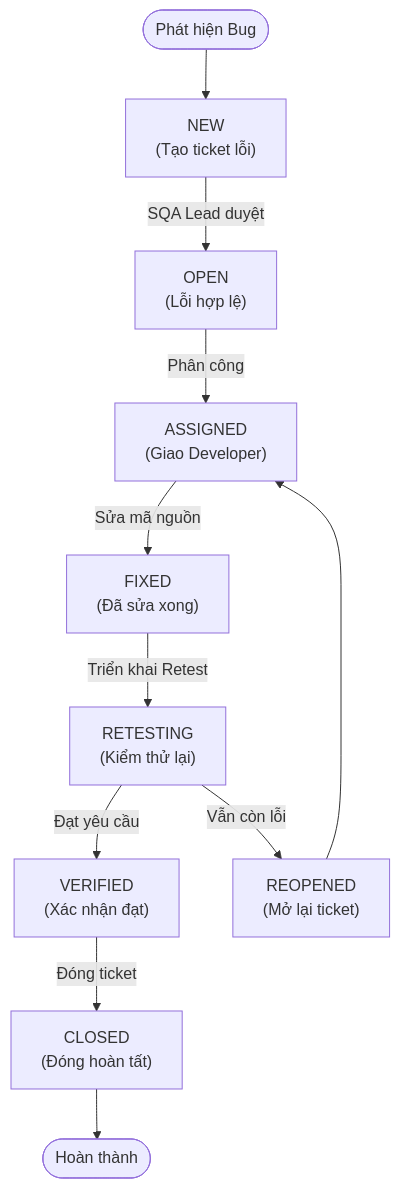
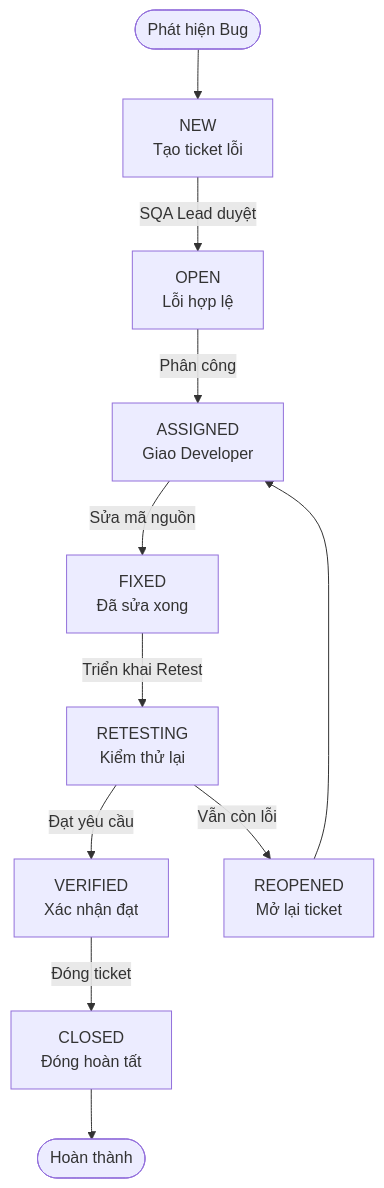
The fourth of 4 diagrams in README.md (PhamQuang138/DGKTPM), drawn with Mermaid before and after one commit. The commit also changed other lines of this file, not shown here.

Commit message:
fix: compact node text line lengths in mermaid diagrams to prevent GitHub SVG text truncation

````diff
--- a/README.md
+++ b/README.md
@@ -362,13 +362,13 @@
 ```mermaid
 flowchart TD
-    Start([Phát hiện Bug]) --> NEW["NEW<br/>(Tạo ticket lỗi)"]
-    NEW -->|SQA Lead duyệt| OPEN["OPEN<br/>(Lỗi hợp lệ)"]
-    OPEN -->|Phân công| ASSIGNED["ASSIGNED<br/>(Giao Developer)"]
-    ASSIGNED -->|Sửa mã nguồn| FIXED["FIXED<br/>(Đã sửa xong)"]
-    FIXED -->|Triển khai Retest| RETESTING["RETESTING<br/>(Kiểm thử lại)"]
-    RETESTING -->|Đạt yêu cầu| VERIFIED["VERIFIED<br/>(Xác nhận đạt)"]
-    RETESTING -->|Vẫn còn lỗi| REOPENED["REOPENED<br/>(Mở lại ticket)"]
+    Start([Phát hiện Bug]) --> NEW["NEW<br/>Tạo ticket lỗi"]
+    NEW -->|SQA Lead duyệt| OPEN["OPEN<br/>Lỗi hợp lệ"]
+    OPEN -->|Phân công| ASSIGNED["ASSIGNED<br/>Giao Developer"]
+    ASSIGNED -->|Sửa mã nguồn| FIXED["FIXED<br/>Đã sửa xong"]
+    FIXED -->|Triển khai Retest| RETESTING["RETESTING<br/>Kiểm thử lại"]
+    RETESTING -->|Đạt yêu cầu| VERIFIED["VERIFIED<br/>Xác nhận đạt"]
+    RETESTING -->|Vẫn còn lỗi| REOPENED["REOPENED<br/>Mở lại ticket"]
     REOPENED --> ASSIGNED
-    VERIFIED -->|Đóng ticket| CLOSED["CLOSED<br/>(Đóng hoàn tất)"]
+    VERIFIED -->|Đóng ticket| CLOSED["CLOSED<br/>Đóng hoàn tất"]
     CLOSED --> EndNode([Hoàn thành])
 ```
````
